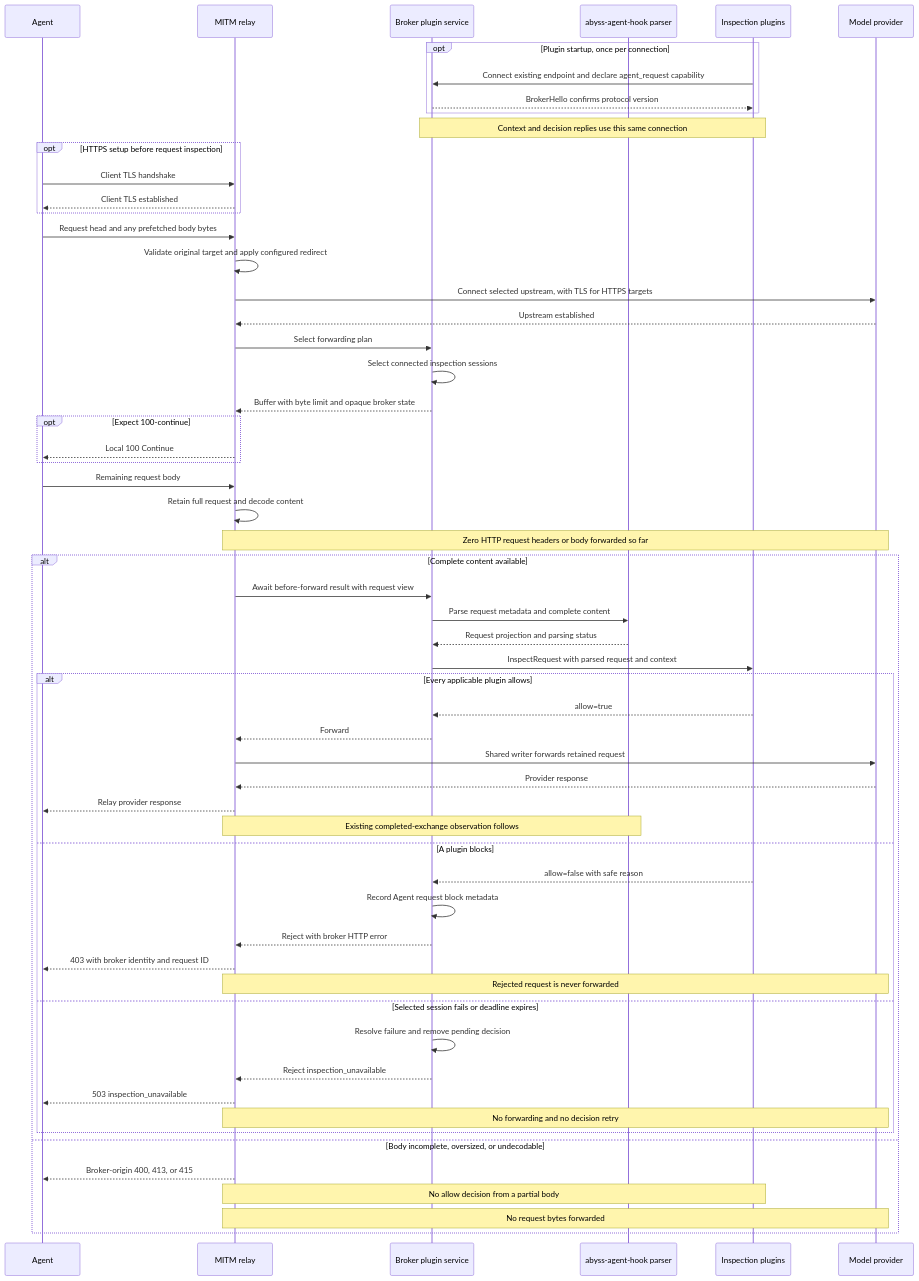
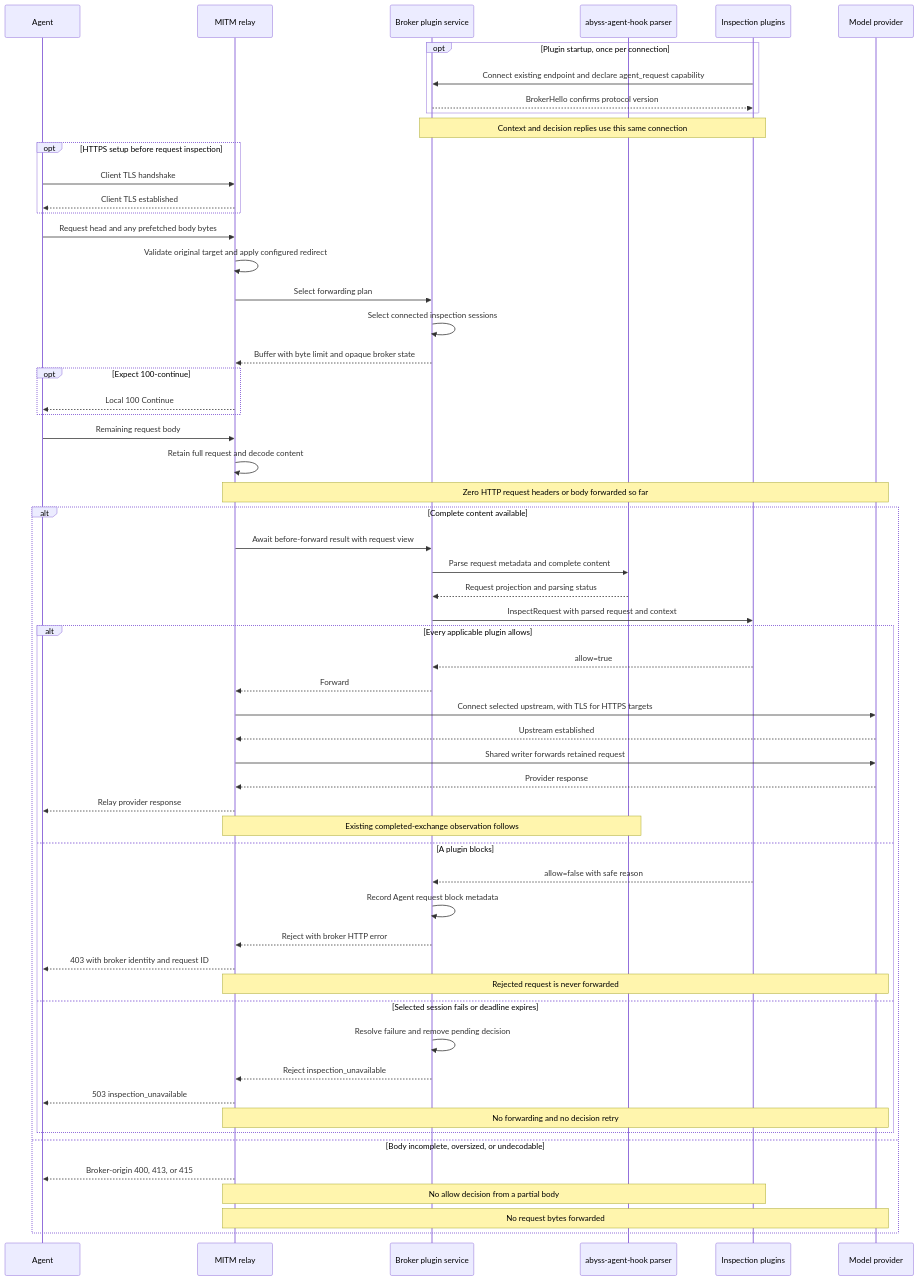
One commit to lexmount/abyss-rs changed the third of 4 diagrams in docs/request-blocking-design.md. Above: the diagram before and after it, drawn with Mermaid. The commit also changed other lines of this file and 21 other files, not shown here.

````diff
--- a/docs/request-blocking-design.md
+++ b/docs/request-blocking-design.md
@@ -410,60 +411,60 @@
 ```mermaid
 sequenceDiagram
     participant A as Agent
     participant M as MITM relay
     participant B as Broker plugin service
     participant R as abyss-agent-hook parser
     participant H as Inspection plugins
     participant P as Model provider
     opt Plugin startup, once per connection
         H->>B: Connect existing endpoint and declare agent_request capability
         B-->>H: BrokerHello confirms protocol version
     end
     Note over B,H: Context and decision replies use this same connection
     opt HTTPS setup before request inspection
         A->>M: Client TLS handshake
         M-->>A: Client TLS established
     end
     A->>M: Request head and any prefetched body bytes
     M->>M: Validate original target and apply configured redirect
-    M->>P: Connect selected upstream, with TLS for HTTPS targets
-    P-->>M: Upstream established
     M->>B: Select forwarding plan
     B->>B: Select connected inspection sessions
     B-->>M: Buffer with byte limit and opaque broker state
     opt Expect 100-continue
         M-->>A: Local 100 Continue
     end
     A->>M: Remaining request body
     M->>M: Retain full request and decode content
     Note over M,P: Zero HTTP request headers or body forwarded so far
     alt Complete content available
         M->>B: Await before-forward result with request view
         B->>R: Parse request metadata and complete content
         R-->>B: Request projection and parsing status
         B->>H: InspectRequest with parsed request and context
         alt Every applicable plugin allows
             H-->>B: allow=true
             B-->>M: Forward
+            M->>P: Connect selected upstream, with TLS for HTTPS targets
+            P-->>M: Upstream established
             M->>P: Shared writer forwards retained request
             P-->>M: Provider response
             M-->>A: Relay provider response
             Note over M,R: Existing completed-exchange observation follows
         else A plugin blocks
             H-->>B: allow=false with safe reason
             B->>B: Record Agent request block metadata
             B-->>M: Reject with broker HTTP error
             M-->>A: 403 with broker identity and request ID
             Note over M,P: Rejected request is never forwarded
         else Selected session fails or deadline expires
             B->>B: Resolve failure and remove pending decision
             B-->>M: Reject inspection_unavailable
             M-->>A: 503 inspection_unavailable
             Note over M,P: No forwarding and no decision retry
         end
     else Body incomplete, oversized, or undecodable
         M-->>A: Broker-origin 400, 413, or 415
         Note over M,H: No allow decision from a partial body
         Note over M,P: No request bytes forwarded
     end
 ```
````
